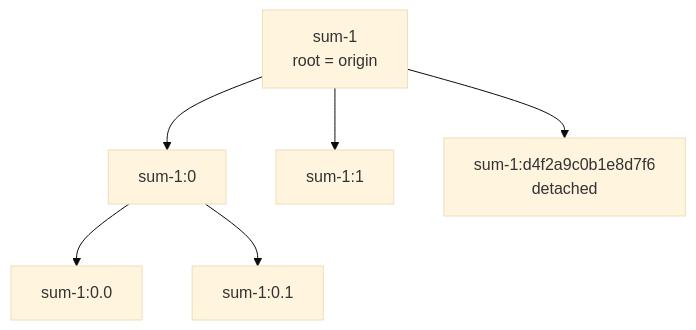
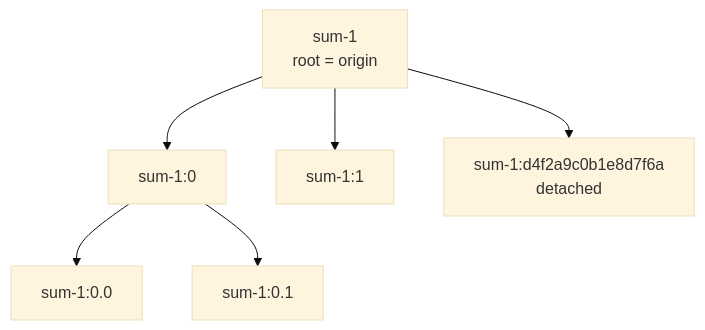
Before and after one commit to ewe-studios/explorations: the second of 6 diagrams in src.durable-streams/src.resonate/markdown/20-deterministic-identifiers.md, drawn with Mermaid (base theme). The commit also changed other lines of this file and 1 other file, not shown here.

````diff
--- a/src.durable-streams/src.resonate/markdown/20-deterministic-identifiers.md
+++ b/src.durable-streams/src.resonate/markdown/20-deterministic-identifiers.md
@@ -99,8 +99,8 @@
 ```mermaid
 flowchart TB
   R["sum-1<br/>root = origin"] --> A["sum-1:0"]
   R --> B["sum-1:1"]
-  R --> E["sum-1:d4f2a9c0b1e8d7f6<br/>detached"]
+  R --> E["sum-1:d4f2a9c0b1e8d7f6a<br/>detached"]
   A --> C["sum-1:0.0"]
   A --> D["sum-1:0.1"]
 ```
````
